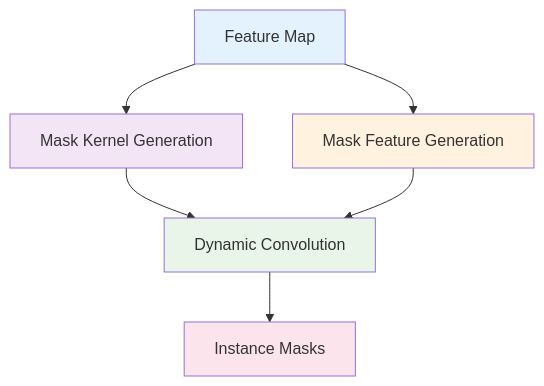
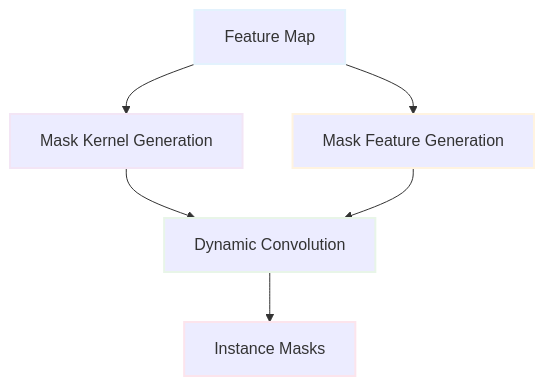
The second of 3 diagrams in 스터디/IS_09_instance_segmentation.md (c0z0c/sprint_mission), drawn with Mermaid before and after one commit. The commit also changed other lines of this file and 14 other files, not shown here.

````diff
--- a/스터디/IS_09_instance_segmentation.md
+++ b/스터디/IS_09_instance_segmentation.md
@@ -321,14 +321,14 @@
 ```mermaid
 graph TB
     A["Feature Map"] --> B["Mask Kernel Generation"]
     A --> C["Mask Feature Generation"]
     B --> D["Dynamic Convolution"]
     C --> D
     D --> E["Instance Masks"]
     
-    style A fill:#e3f2fd
-    style B fill:#f3e5f5
-    style C fill:#fff3e0
-    style D fill:#e8f5e8
-    style E fill:#fce4ec
+    style A stroke-width:2px,stroke:#e3f2fd
+    style B stroke-width:2px,stroke:#f3e5f5
+    style C stroke-width:2px,stroke:#fff3e0
+    style D stroke-width:2px,stroke:#e8f5e8
+    style E stroke-width:2px,stroke:#fce4ec
 ```
````
